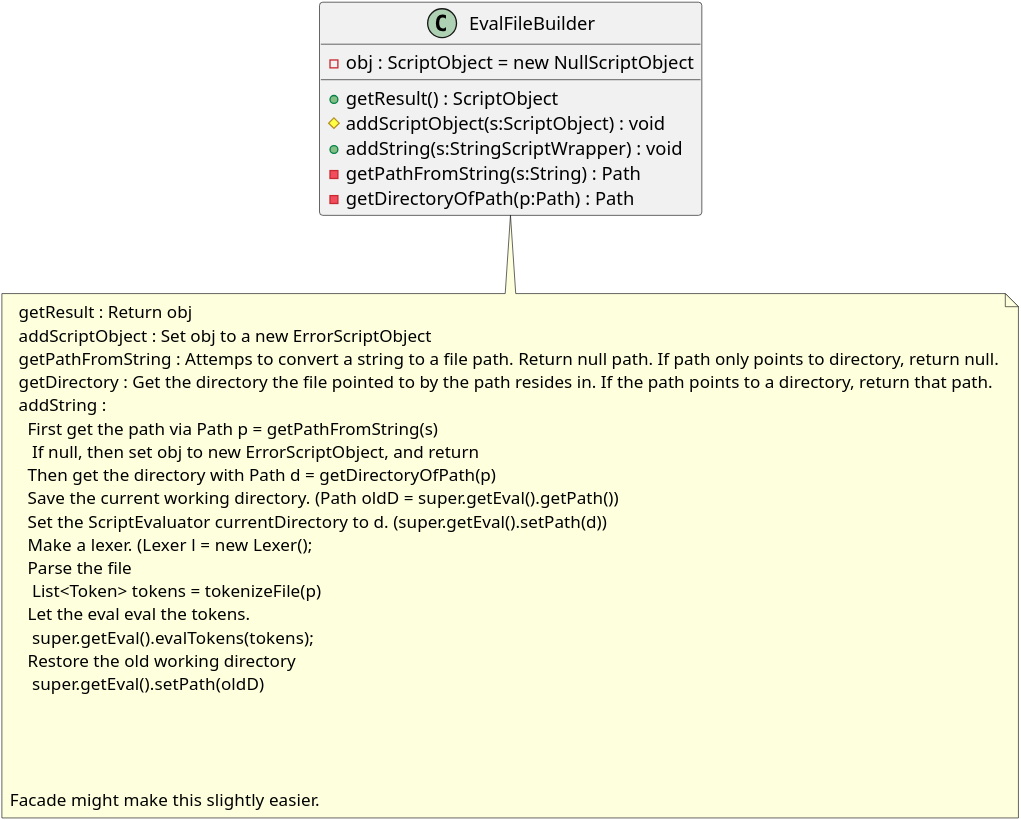
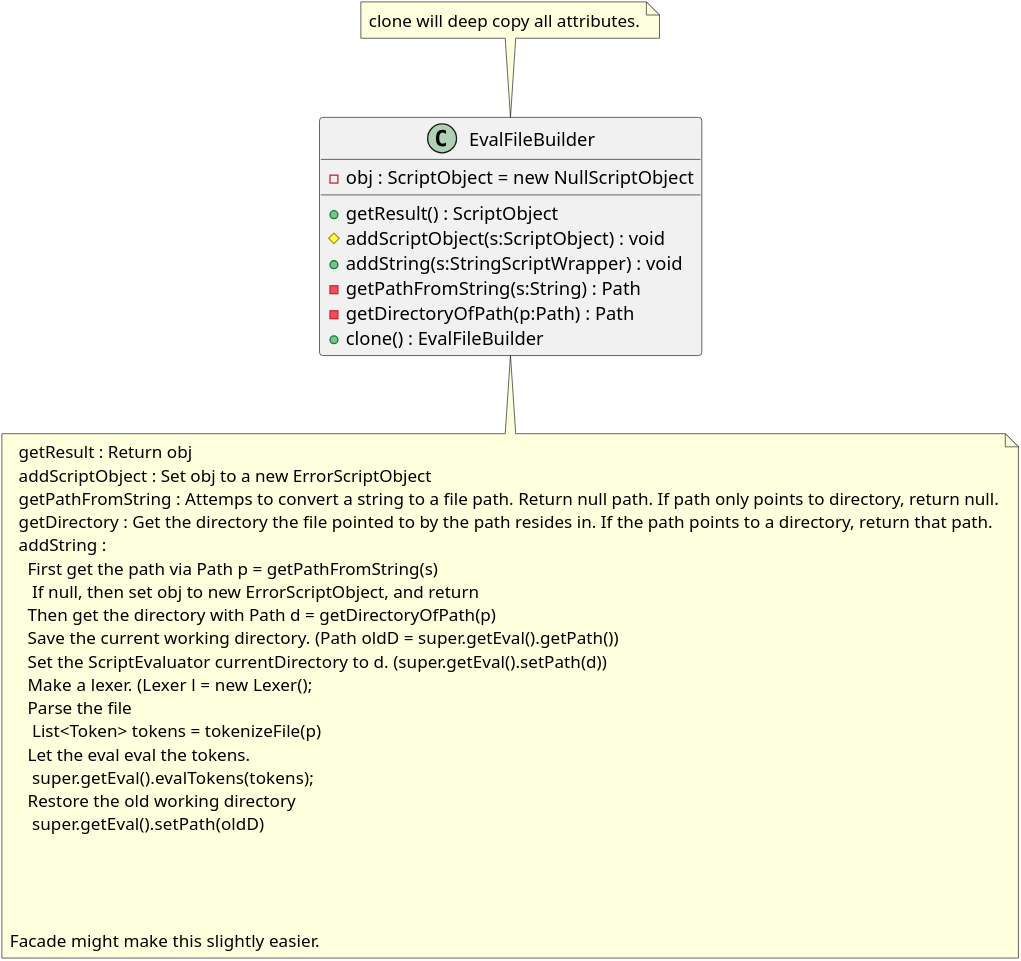
The diagram in Builder/EvalFileBuilder.org (MatthewBregg/DesignPatternsRepo), drawn with PlantUML before and after one commit. The commit also changed 20 other files, not shown here.

```diff
--- a/Builder/EvalFileBuilder.org
+++ b/Builder/EvalFileBuilder.org
@@ -1,40 +1,42 @@
 #+BEGIN_SRC plantuml :file EvalFileBuilder.png
 skinparam dpi 600
 
 class EVF as "EvalFileBuilder"
 EVF : +getResult() : ScriptObject
 EVF : -obj : ScriptObject = new NullScriptObject
 EVF : #addScriptObject(s:ScriptObject) : void
 EVF : +addString(s:StringScriptWrapper) : void
 EVF : -getPathFromString(s:String) : Path
 EVF : -getDirectoryOfPath(p:Path) : Path
+EVF : +clone() : EvalFileBuilder
+note top : clone will deep copy all attributes.
 
 note bottom of EVF
   getResult : Return obj
   addScriptObject : Set obj to a new ErrorScriptObject
   getPathFromString : Attemps to convert a string to a file path. Return null path. If path only points to directory, return null.
   getDirectory : Get the directory the file pointed to by the path resides in. If the path points to a directory, return that path. 
   addString : 
     First get the path via Path p = getPathFromString(s)
      If null, then set obj to new ErrorScriptObject, and return
     Then get the directory with Path d = getDirectoryOfPath(p)
     Save the current working directory. (Path oldD = super.getEval().getPath())
     Set the ScriptEvaluator currentDirectory to d. (super.getEval().setPath(d))
     Make a lexer. (Lexer l = new Lexer();
     Parse the file
      List<Token> tokens = tokenizeFile(p)
     Let the eval eval the tokens.
      super.getEval().evalTokens(tokens);
     Restore the old working directory
      super.getEval().setPath(oldD)
     
      
 
 
 Facade might make this slightly easier.
 end note
     
 
 
 
 #+END_SRC
```
